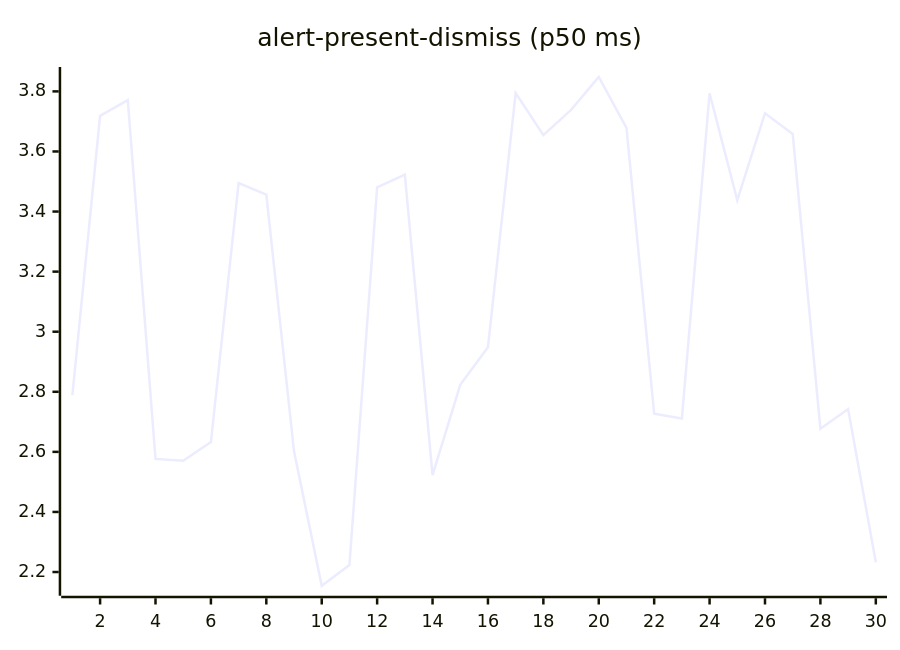
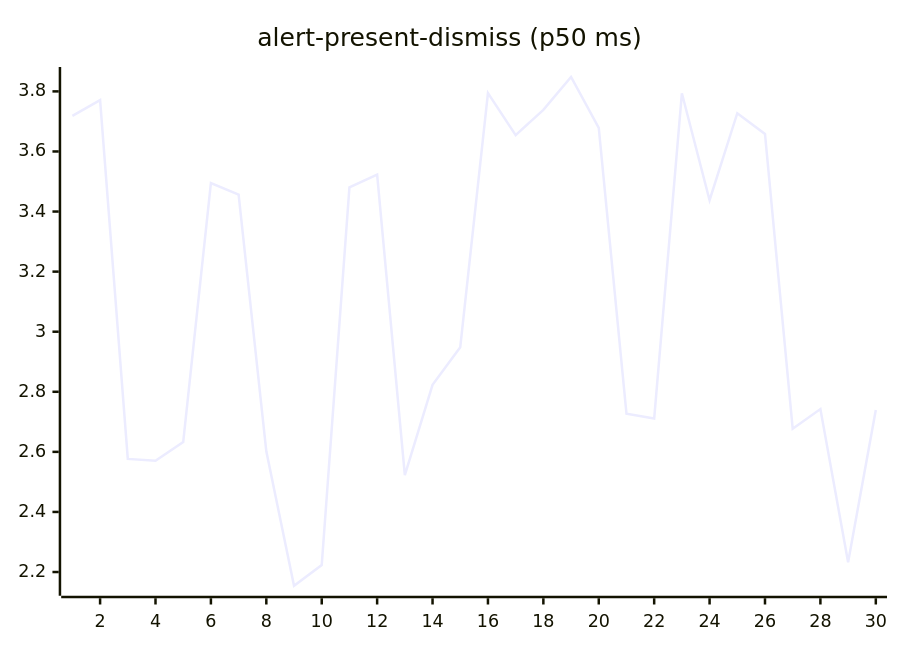
One commit to josha/Facet changed the second of 27 diagrams in README.md. Above: the diagram before and after it, drawn with Mermaid. The commit also changed other lines of this file and 2 other files, not shown here.

````diff
--- a/README.md
+++ b/README.md
@@ -70,6 +70,6 @@
 ```mermaid
 xychart-beta
     title "alert-present-dismiss (p50 ms)"
     x-axis 1 --> 30
-    line [2.7891, 3.7187, 3.7708, 2.5766, 2.5704, 2.6324, 3.4949, 3.4566, 2.6019, 2.1543, 2.2230, 3.4803, 3.5227, 2.5229, 2.8233, 2.9484, 3.7942, 3.6546, 3.7386, 3.8479, 3.6788, 2.7270, 2.7111, 3.7936, 3.4376, 3.7274, 3.6582, 2.6769, 2.7425, 2.2328]
+    line [3.7187, 3.7708, 2.5766, 2.5704, 2.6324, 3.4949, 3.4566, 2.6019, 2.1543, 2.2230, 3.4803, 3.5227, 2.5229, 2.8233, 2.9484, 3.7942, 3.6546, 3.7386, 3.8479, 3.6788, 2.7270, 2.7111, 3.7936, 3.4376, 3.7274, 3.6582, 2.6769, 2.7425, 2.2328, 2.7393]
 ```
````
